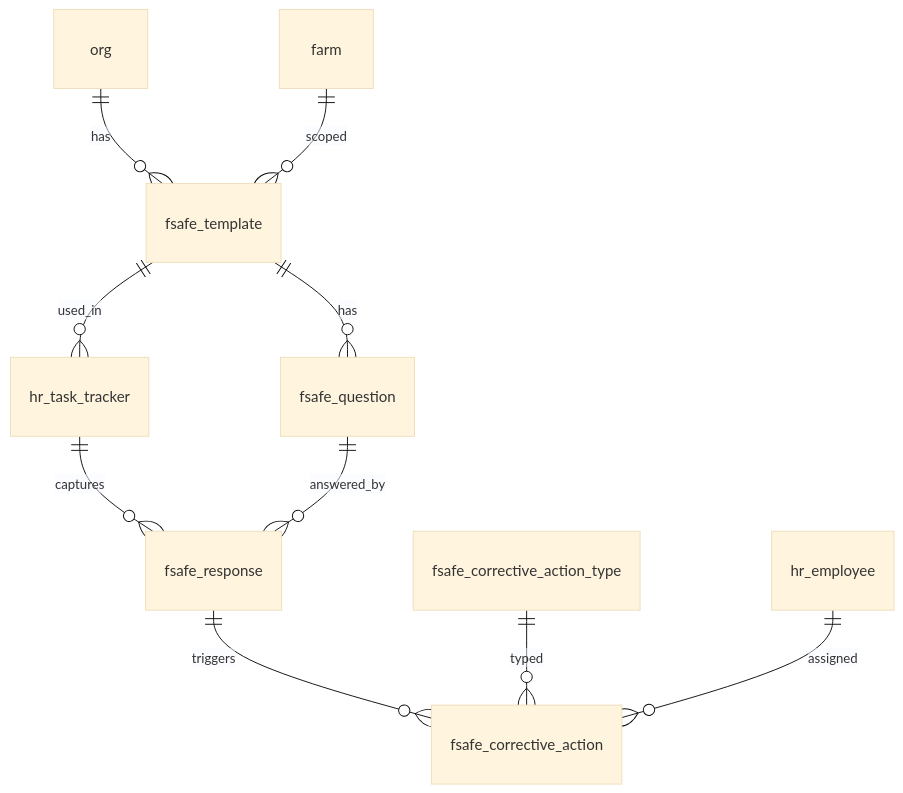
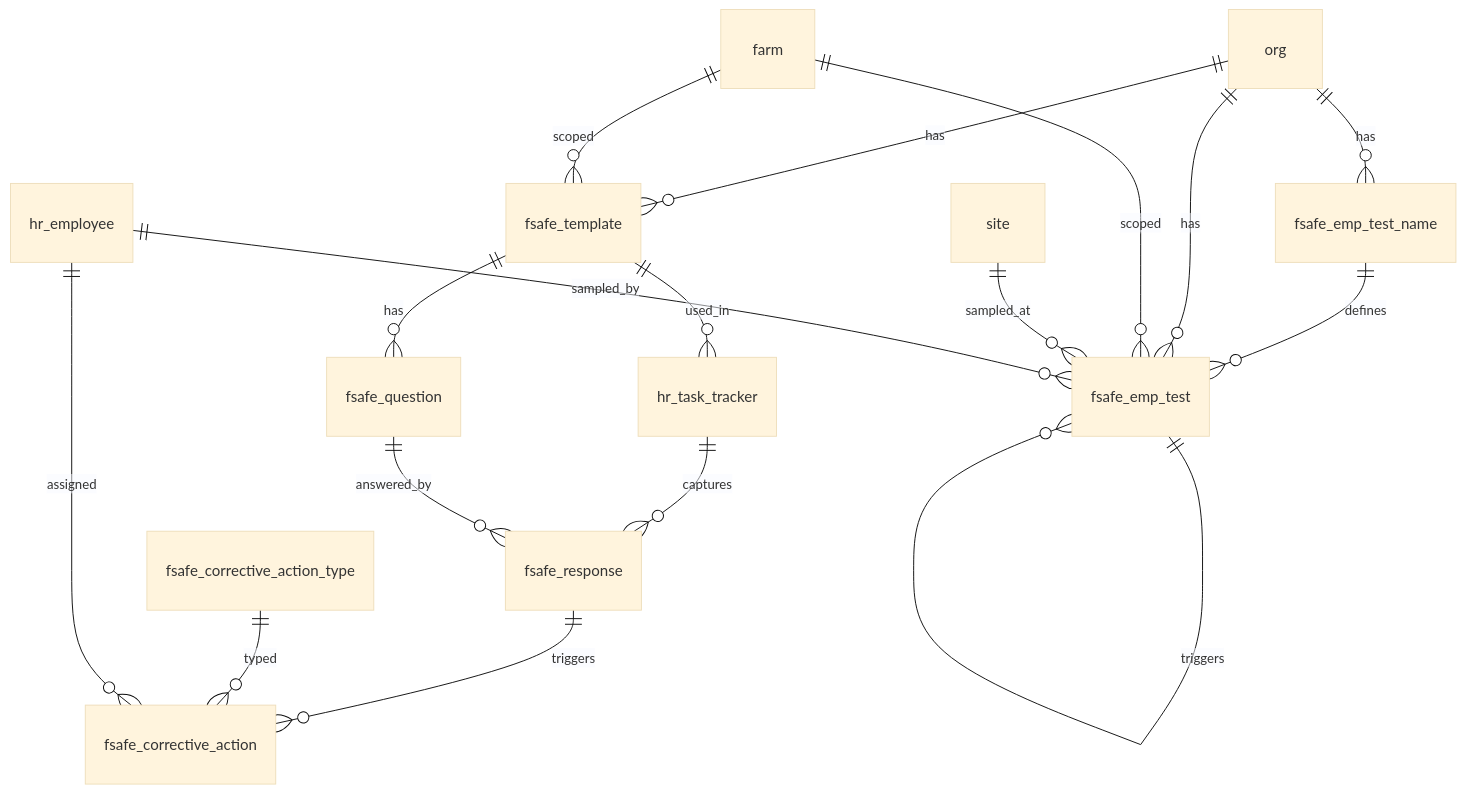
The diagram in docs/schemas/20260317_05_fsafe.md (Hawaii-Farming/aloha-app), drawn with Mermaid (base theme) before and after one commit. The commit also changed other lines of this file and 24 other files, not shown here.

````diff
--- a/docs/schemas/20260317_05_fsafe.md
+++ b/docs/schemas/20260317_05_fsafe.md
@@ -9,12 +25,20 @@
 ```mermaid
 erDiagram
     org ||--o{ fsafe_template : has
     farm ||--o{ fsafe_template : scoped
     fsafe_template ||--o{ fsafe_question : has
     fsafe_template ||--o{ hr_task_tracker : used_in
     hr_task_tracker ||--o{ fsafe_response : captures
     fsafe_question ||--o{ fsafe_response : answered_by
     fsafe_response ||--o{ fsafe_corrective_action : triggers
     fsafe_corrective_action_type ||--o{ fsafe_corrective_action : typed
     hr_employee ||--o{ fsafe_corrective_action : assigned
+
+    org ||--o{ fsafe_emp_test_name : has
+    fsafe_emp_test_name ||--o{ fsafe_emp_test : defines
+    org ||--o{ fsafe_emp_test : has
+    farm ||--o{ fsafe_emp_test : scoped
+    site ||--o{ fsafe_emp_test : sampled_at
+    hr_employee ||--o{ fsafe_emp_test : sampled_by
+    fsafe_emp_test ||--o{ fsafe_emp_test : triggers
 ```
````
